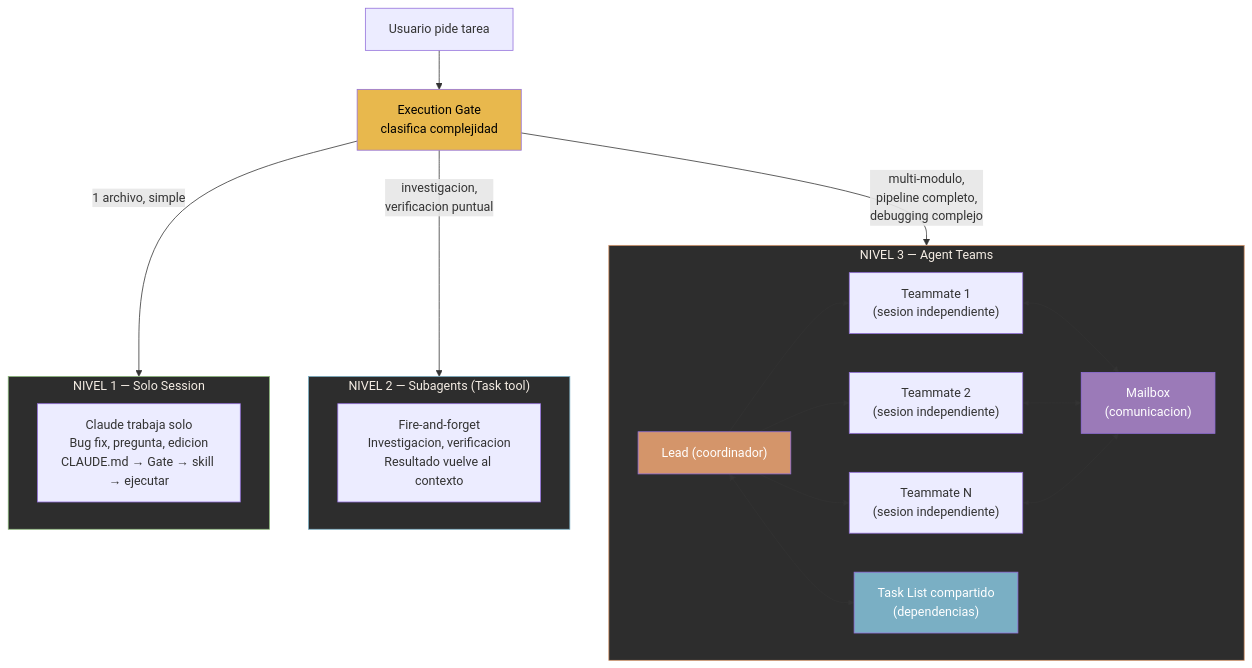
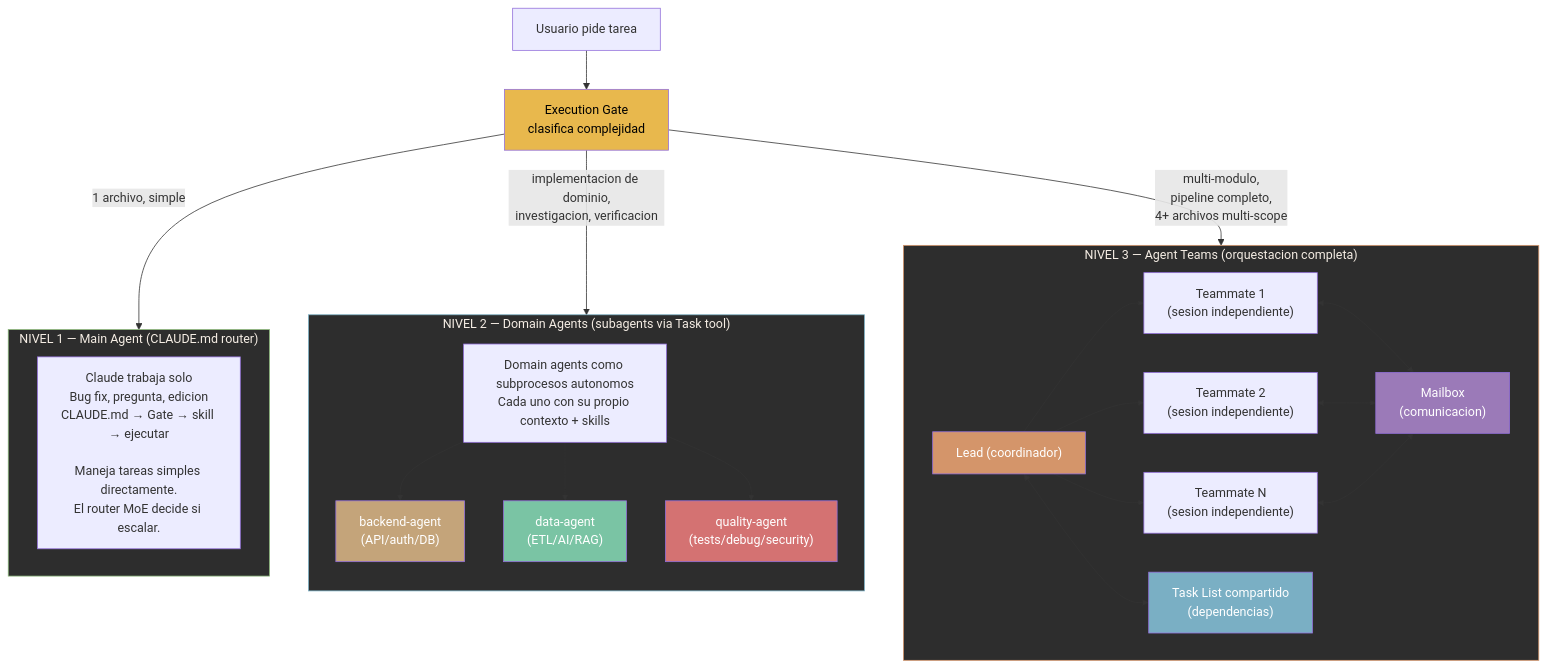
Before and after one commit to jota-batuta/batuta-dots: diagram 14 of 28 in docs/architecture/arquitectura-diagrama.md, drawn with Mermaid. The commit also changed other lines of this file and 11 other files, not shown here.

First line of the commit message:
docs(v13.2): update documentation for MoE architecture and agent auto-invocation

````diff
--- a/docs/architecture/arquitectura-diagrama.md
+++ b/docs/architecture/arquitectura-diagrama.md
@@ -439,43 +538,54 @@
 ```mermaid
 flowchart TD
     USER["Usuario pide tarea"]
     GATE["Execution Gate<br/>clasifica complejidad"]
 
-    subgraph NIVEL1["NIVEL 1 — Solo Session"]
-        SOLO["Claude trabaja solo<br/>Bug fix, pregunta, edicion<br/>CLAUDE.md → Gate → skill → ejecutar"]
+    subgraph NIVEL1["NIVEL 1 — Main Agent (CLAUDE.md router)"]
+        SOLO["Claude trabaja solo<br/>Bug fix, pregunta, edicion<br/>CLAUDE.md → Gate → skill → ejecutar<br/><br/>Maneja tareas simples directamente.<br/>El router MoE decide si escalar."]
     end
 
-    subgraph NIVEL2["NIVEL 2 — Subagents (Task tool)"]
-        SUBAGENT["Fire-and-forget<br/>Investigacion, verificacion<br/>Resultado vuelve al contexto"]
+    subgraph NIVEL2["NIVEL 2 — Domain Agents (subagents via Task tool)"]
+        direction TB
+        SUBAGENT["Domain agents como subprocesos autonomos<br/>Cada uno con su propio contexto + skills"]
+        BACKEND_SUB["backend-agent<br/>(API/auth/DB)"]
+        DATA_SUB["data-agent<br/>(ETL/AI/RAG)"]
+        QUALITY_SUB["quality-agent<br/>(tests/debug/security)"]
+
+        SUBAGENT --> BACKEND_SUB
+        SUBAGENT --> DATA_SUB
+        SUBAGENT --> QUALITY_SUB
     end
 
-    subgraph NIVEL3["NIVEL 3 — Agent Teams"]
+    subgraph NIVEL3["NIVEL 3 — Agent Teams (orquestacion completa)"]
         LEAD["Lead (coordinador)"]
         TM1["Teammate 1<br/>(sesion independiente)"]
         TM2["Teammate 2<br/>(sesion independiente)"]
         TM3["Teammate N<br/>(sesion independiente)"]
         MAILBOX["Mailbox<br/>(comunicacion)"]
         TASKLIST["Task List compartido<br/>(dependencias)"]
 
         LEAD --> TM1
         LEAD --> TM2
         LEAD --> TM3
         TM1 <--> MAILBOX
         TM2 <--> MAILBOX
         TM3 <--> MAILBOX
         LEAD <--> TASKLIST
     end
 
     USER --> GATE
     GATE -->|"1 archivo, simple"| NIVEL1
-    GATE -->|"investigacion,<br/>verificacion puntual"| NIVEL2
-    GATE -->|"multi-modulo,<br/>pipeline completo,<br/>debugging complejo"| NIVEL3
+    GATE -->|"implementacion de dominio,<br/>investigacion, verificacion"| NIVEL2
+    GATE -->|"multi-modulo,<br/>pipeline completo,<br/>4+ archivos multi-scope"| NIVEL3
 
     style NIVEL1 fill:#2d2d2d,stroke:#8BB87A,color:#F5EDE4
     style NIVEL2 fill:#2d2d2d,stroke:#7AAFC4,color:#F5EDE4
     style NIVEL3 fill:#2d2d2d,stroke:#D4956A,color:#F5EDE4
     style GATE fill:#E8B84D,color:#000
     style LEAD fill:#D4956A,color:#fff
     style MAILBOX fill:#9B7AB8,color:#fff
     style TASKLIST fill:#7AAFC4,color:#fff
+    style BACKEND_SUB fill:#C4A47A,color:#fff
+    style DATA_SUB fill:#7AC4A4,color:#fff
+    style QUALITY_SUB fill:#D47272,color:#fff
 ```
````
